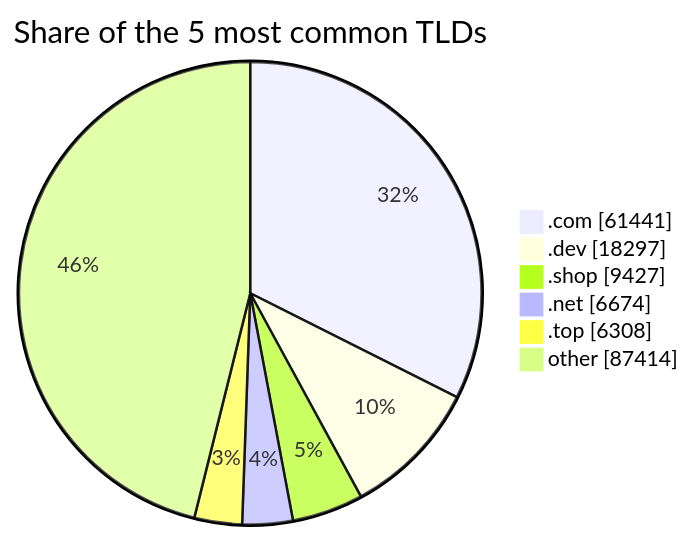
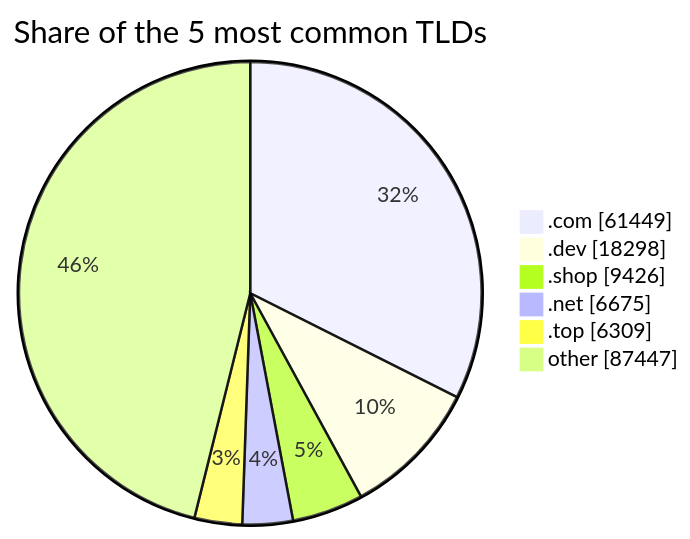
Before and after one commit to DNSBunker/CTI: the third of 3 diagrams in README.md, drawn with Mermaid. The commit also changed other lines of this file and 3 other files, not shown here.

````diff
--- a/README.md
+++ b/README.md
@@ -81,9 +81,9 @@
 ```mermaid
 pie showData title Share of the 5 most common TLDs
-    ".com" : 61441
-    ".dev" : 18297
-    ".shop" : 9427
-    ".net" : 6674
-    ".top" : 6308
-    "other" : 87414
+    ".com" : 61449
+    ".dev" : 18298
+    ".shop" : 9426
+    ".net" : 6675
+    ".top" : 6309
+    "other" : 87447
 ```
````
